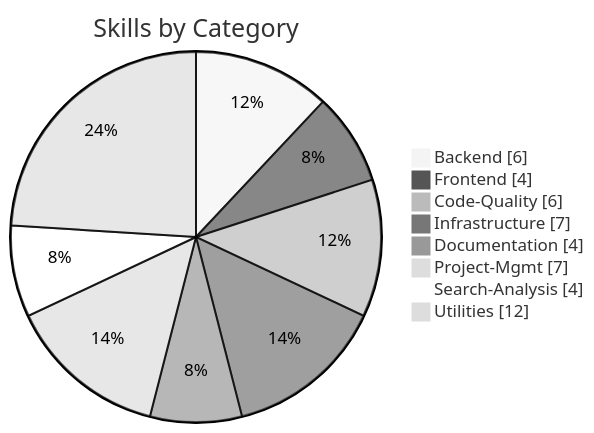
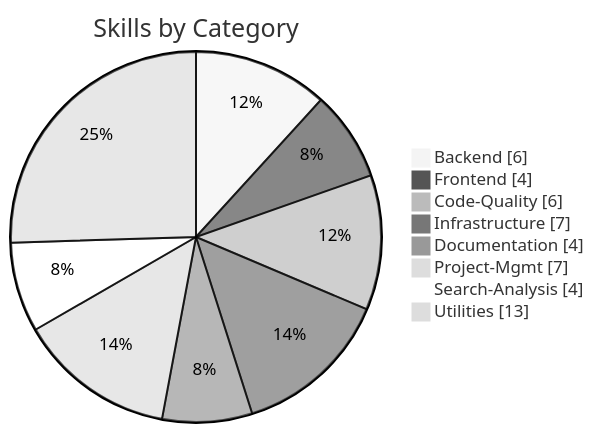
One commit to supercent-io/skills-template changed the second of 2 diagrams in README.md. Above: the diagram before and after it, drawn with Mermaid (neutral theme). The commit also changed other lines of this file and 4 other files, not shown here.

````diff
--- a/README.md
+++ b/README.md
@@ -227,12 +248,12 @@
 ```mermaid
 pie showData
     title Skills by Category
     "Backend" : 6
     "Frontend" : 4
     "Code-Quality" : 6
     "Infrastructure" : 7
     "Documentation" : 4
     "Project-Mgmt" : 7
     "Search-Analysis" : 4
-    "Utilities" : 12
+    "Utilities" : 13
 ```
````
